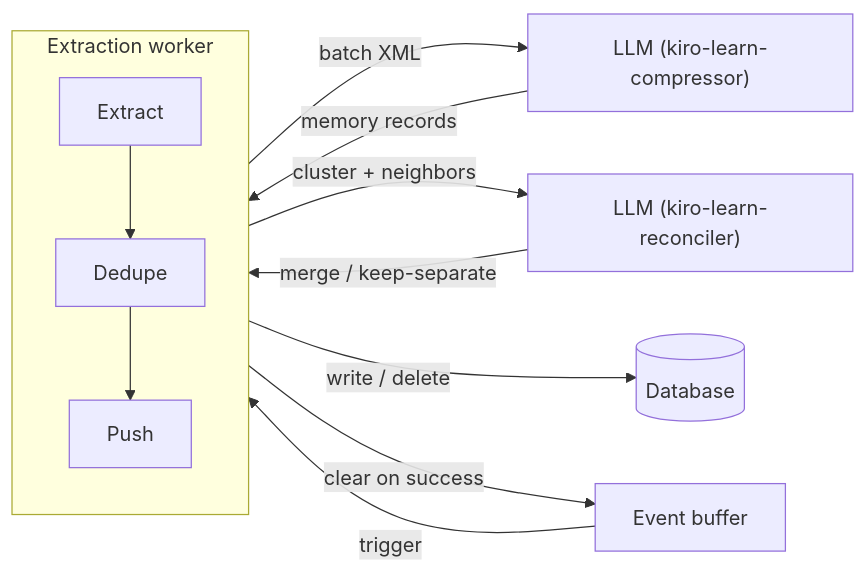
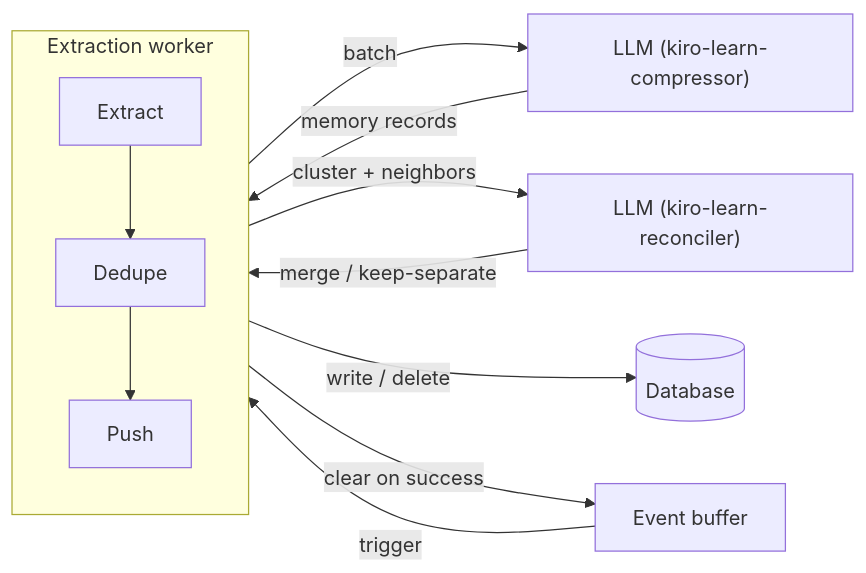
One commit to brendangeck/kiro-learn changed the diagram in docs/architecture/extraction.mdx. Above: the diagram before and after it, drawn with Mermaid. The commit also changed other lines of this file and 1 other file, not shown here.

````diff
--- a/docs/architecture/extraction.mdx
+++ b/docs/architecture/extraction.mdx
@@ -16,25 +16,25 @@
 ```mermaid
 flowchart LR
     Buffer["Event buffer"]
 
     subgraph Worker["Extraction worker"]
         direction TB
         Extract["Extract"]
         Dedupe["Dedupe"]
         Push["Push"]
     end
 
     Extract --> Dedupe --> Push
 
     Compressor["LLM (kiro-learn-compressor)"]
     Judge["LLM (kiro-learn-reconciler)"]
     DB[("Database")]
 
     Buffer -->|"trigger"| Worker
-    Extract -->|"batch XML"| Compressor
+    Extract -->|"batch"| Compressor
     Compressor -->|"memory records"| Extract
     Dedupe -->|"cluster + neighbors"| Judge
     Judge -->|"merge / keep-separate"| Dedupe
     Push -->|"write / delete"| DB
     Push -->|"clear on success"| Buffer
 ```
````
